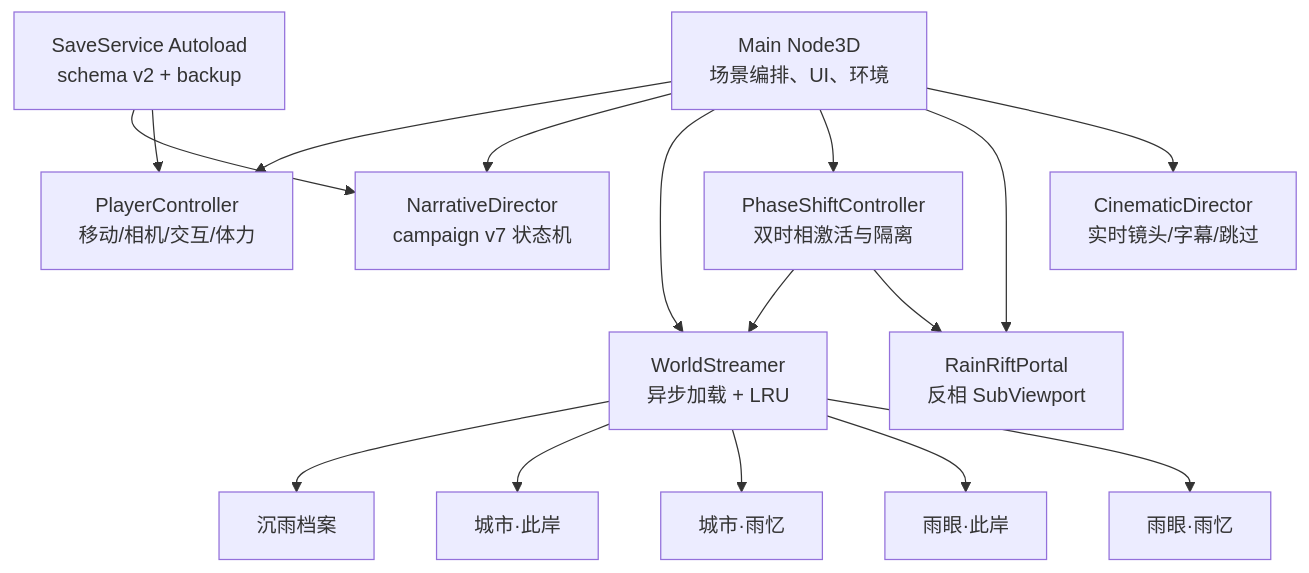
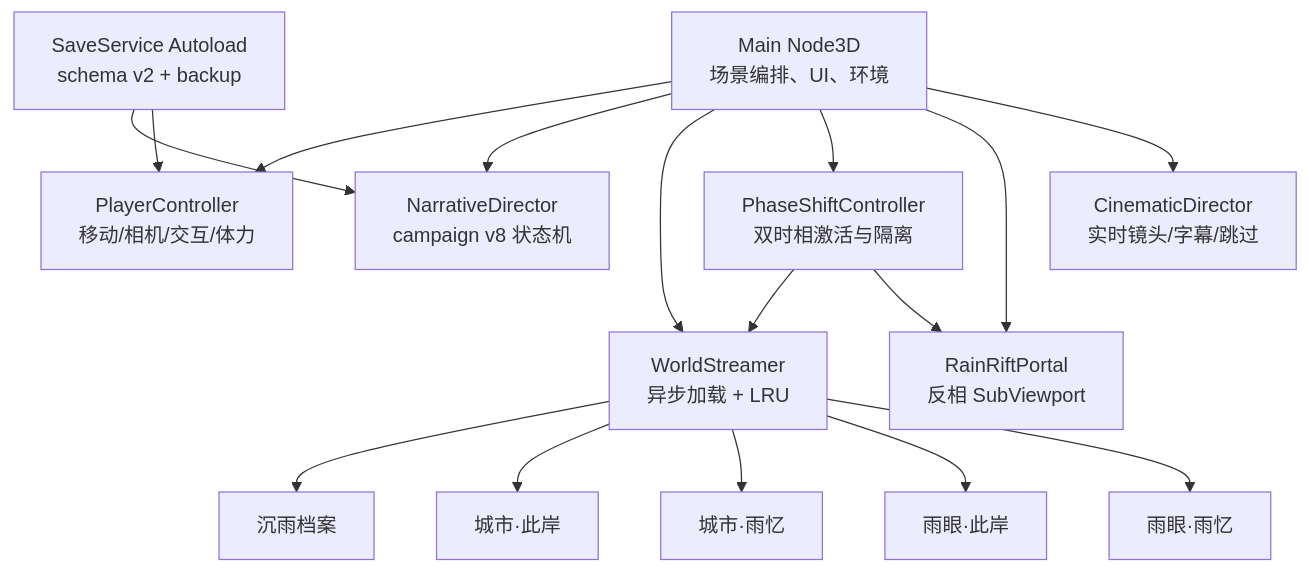
One commit to ckdavid233/luminous-grove changed the diagram in TECHNICAL_DESIGN.md. Above: the diagram before and after it, drawn with Mermaid. The commit also changed other lines of this file and 23 other files, not shown here.

````diff
--- a/TECHNICAL_DESIGN.md
+++ b/TECHNICAL_DESIGN.md
@@ -14,18 +14,18 @@
 ```mermaid
 flowchart TD
     Main["Main Node3D\n场景编排、UI、环境"] --> Player["PlayerController\n移动/相机/交互/体力"]
-    Main --> Narrative["NarrativeDirector\ncampaign v7 状态机"]
+    Main --> Narrative["NarrativeDirector\ncampaign v8 状态机"]
     Main --> Streamer["WorldStreamer\n异步加载 + LRU"]
     Main --> Phase["PhaseShiftController\n双时相激活与隔离"]
     Main --> Portal["RainRiftPortal\n反相 SubViewport"]
     Main --> Cinematic["CinematicDirector\n实时镜头/字幕/跳过"]
     Save["SaveService Autoload\nschema v2 + backup"] --> Narrative
     Save --> Player
     Streamer --> Echo["沉雨档案"]
     Streamer --> CityP["城市·此岸"]
     Streamer --> CityE["城市·雨忆"]
     Streamer --> EyeP["雨眼·此岸"]
     Streamer --> EyeE["雨眼·雨忆"]
     Phase --> Streamer
     Phase --> Portal
 ```
````
